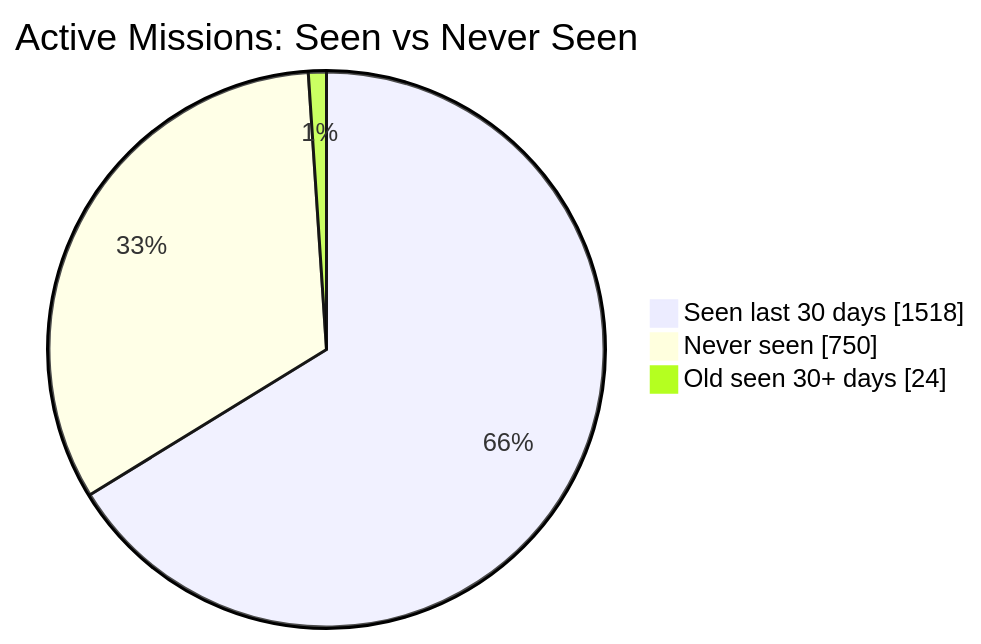
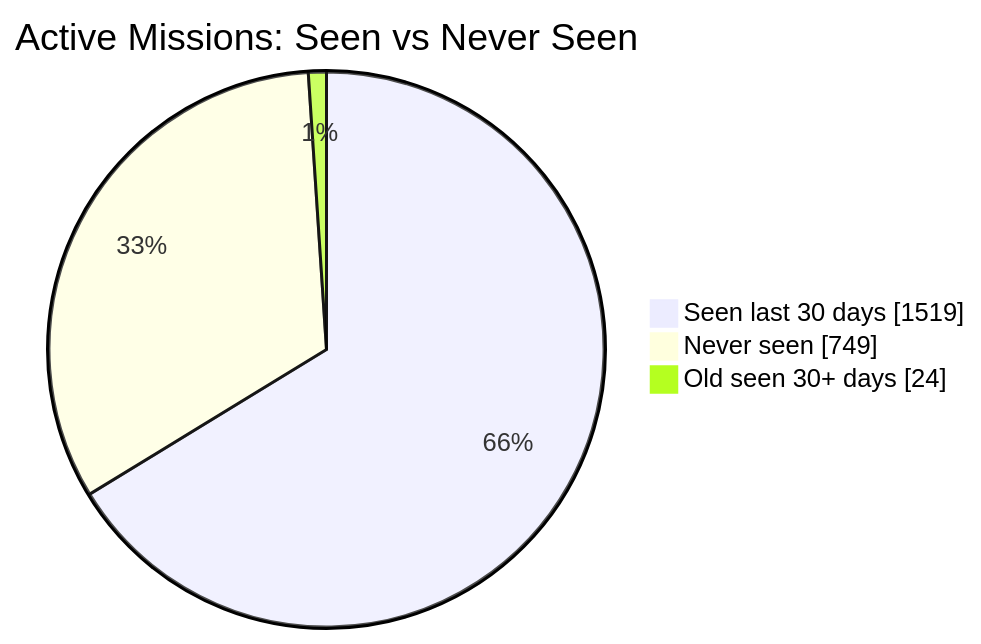
One commit to MeldkamerspelGameTeam/active-missions changed the first of 2 diagrams in README.md. Above: the diagram before and after it, drawn with Mermaid. The commit also changed other lines of this file and 2 other files, not shown here.

````diff
--- a/README.md
+++ b/README.md
@@ -34,7 +34,7 @@
 ```mermaid
 pie showData
     title Active Missions: Seen vs Never Seen
-    "Seen last 30 days" : 1518
-    "Never seen" : 750
+    "Seen last 30 days" : 1519
+    "Never seen" : 749
     "Old seen 30+ days" : 24
 ```
````
